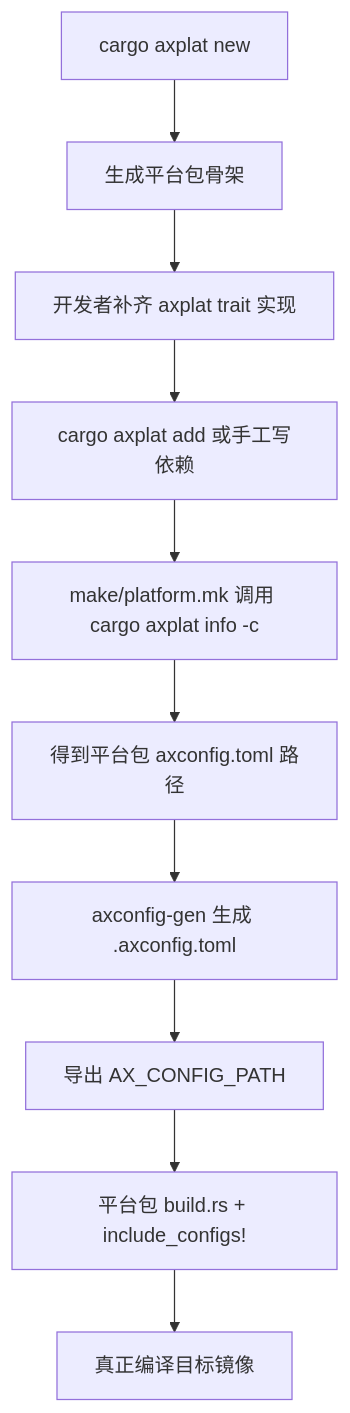
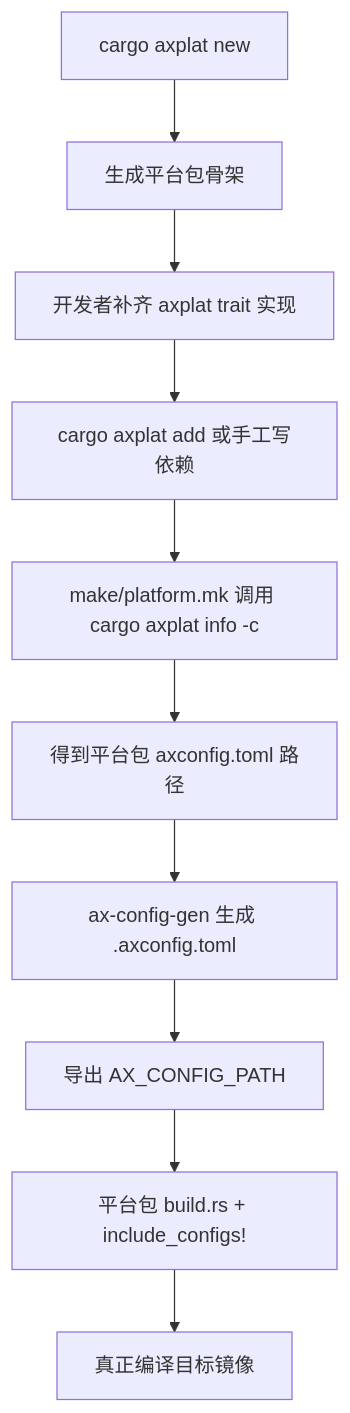
The first of 2 diagrams in docs/crates/cargo-axplat.md (zKurisu/tgoskits), drawn with Mermaid before and after one commit. The commit also changed other lines of this file and 47 other files, not shown here.

Commit message:
rename axconfig-gen to ax-config-gen

````diff
--- a/docs/crates/cargo-axplat.md
+++ b/docs/crates/cargo-axplat.md
@@ -94,12 +94,12 @@
 ```mermaid
 flowchart TD
     A[cargo axplat new] --> B[生成平台包骨架]
     B --> C[开发者补齐 axplat trait 实现]
     C --> D[cargo axplat add 或手工写依赖]
     D --> E[make/platform.mk 调用 cargo axplat info -c]
     E --> F[得到平台包 axconfig.toml 路径]
-    F --> G[axconfig-gen 生成 .axconfig.toml]
+    F --> G[ax-config-gen 生成 .axconfig.toml]
     G --> H[导出 AX_CONFIG_PATH]
     H --> I[平台包 build.rs + include_configs!]
     I --> J[真正编译目标镜像]
 ```
````
